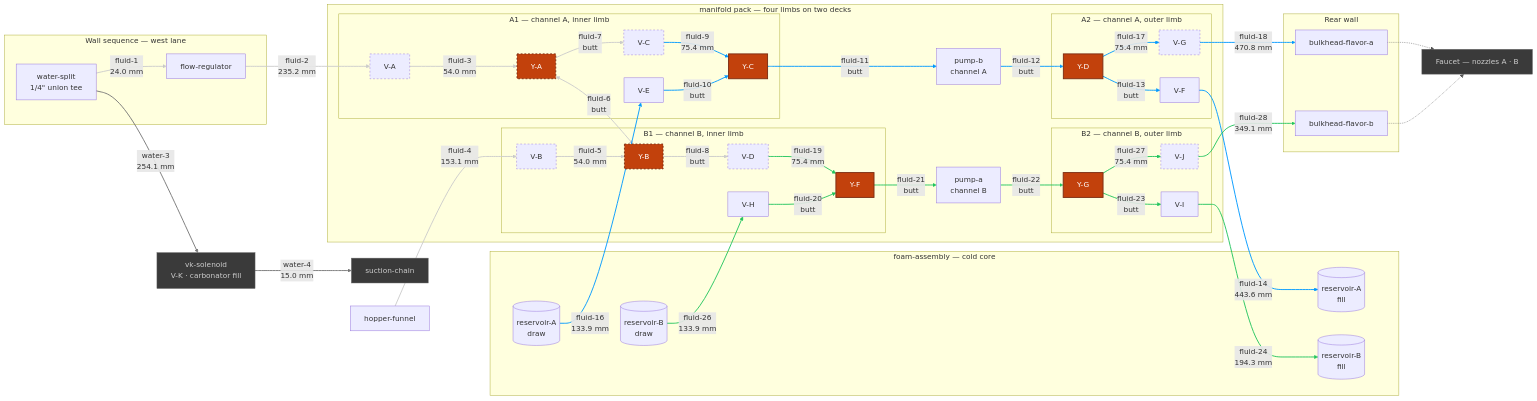
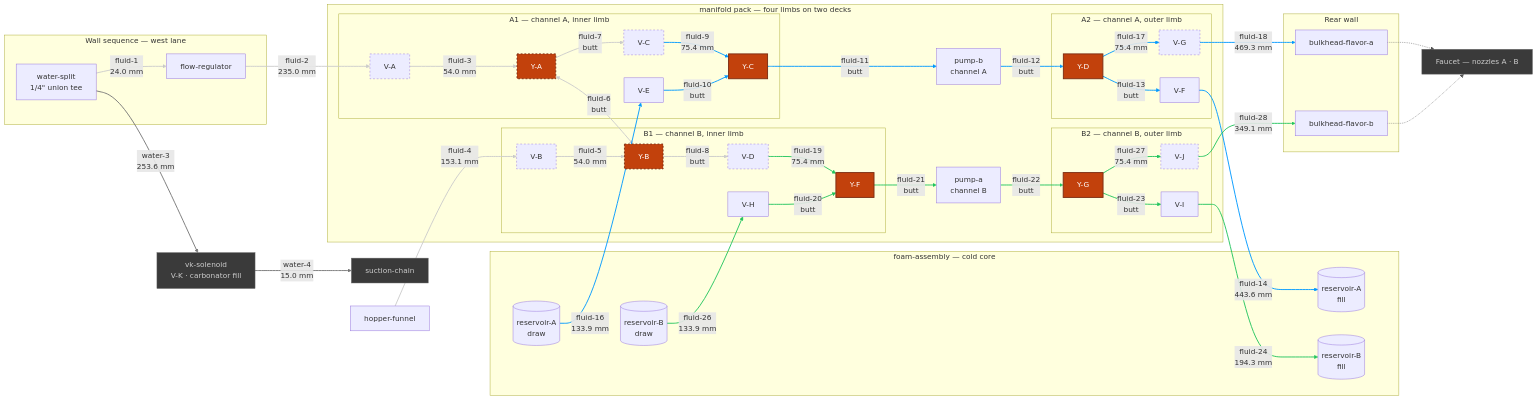
Before and after one commit to derekbreden/homesodamachine: the diagram in hardware/topology/fluid-topology-manifold.mmd, drawn with Mermaid. The commit also changed 9 other files, not shown here.

```diff
--- a/hardware/topology/fluid-topology-manifold.mmd
+++ b/hardware/topology/fluid-topology-manifold.mmd
@@ -14,8 +14,8 @@
   %% [26](SEGMENT_COUNT) flavor segments. [11](BUTT_COUNT) are collet butted to collet and carry
   %% no tube at all; [9](DRAWN_COUNT) are swept runs between placed bodies; the rest are the
   %% hinge's four hairpins and the source pair's two quarter-and-step turns. What is cut comes to
-  %% [2547.5 mm](FLUID_TOTAL) of 1/4" LLDPE over [39](FLUID_BENDS) corners, and the longest is
-  %% [fluid-18](LONGEST_ID) at [470.8 mm](LONGEST_LEN). [0](OPEN_COUNT) are mouths with nothing
+  %% [2545.8 mm](FLUID_TOTAL) of 1/4" LLDPE over [39](FLUID_BENDS) corners, and the longest is
+  %% [fluid-18](LONGEST_ID) at [469.3 mm](LONGEST_LEN). [0](OPEN_COUNT) are mouths with nothing
   %% on the far end of them: EVERY FLAVOR SEGMENT IN THIS CHART IS MADE. The hopper's gravity
   %% drain is drawn like the rest — the funnel is seated in the box rather than placed in the
   %% pack, so `fluid-4` is authored after the box exists, off the same frames.
@@ -115,7 +115,7 @@
   %% V-B come off the folded deck's plane on a quarter turn of R14, then step 28 mm further along
   %% the run and 14 mm across it, toward the cold core's crown.
   Split -->|"fluid-1<br/>24.0 mm"| FlowReg
-  FlowReg -->|"fluid-2<br/>235.2 mm"| VA
+  FlowReg -->|"fluid-2<br/>235.0 mm"| VA
   VA -->|"fluid-3<br/>54.0 mm"| YA
   Hopper -->|"fluid-4<br/>153.1 mm"| VB
   VB -->|"fluid-5<br/>54.0 mm"| YB
@@ -138,7 +138,7 @@
   VF -->|"fluid-14<br/>443.6 mm"| ResAFill
   ResA -->|"fluid-16<br/>133.9 mm"| VE
   YD -->|"fluid-17<br/>75.4 mm"| VG
-  VG -->|"fluid-18<br/>470.8 mm"| BhA
+  VG -->|"fluid-18<br/>469.3 mm"| BhA
 
   %% =========================
   %% Channel B — fluid-19 … fluid-28
@@ -162,7 +162,7 @@
   %% V-K gates the carbonator fill off the same split fluid-1 leaves. It stands on the cold core's
   %% crown, east of the SeaFlo, and water-3 is the one run in the assembly that crosses the whole
   %% machine — the split is in the west lane, V-K is on the east, and its inlet faces forward.
-  Split -->|"water-3<br/>254.1 mm"| VK
+  Split -->|"water-3<br/>253.6 mm"| VK
   VK -->|"water-4<br/>15.0 mm"| SuctChain
 
   %% =========================
```
